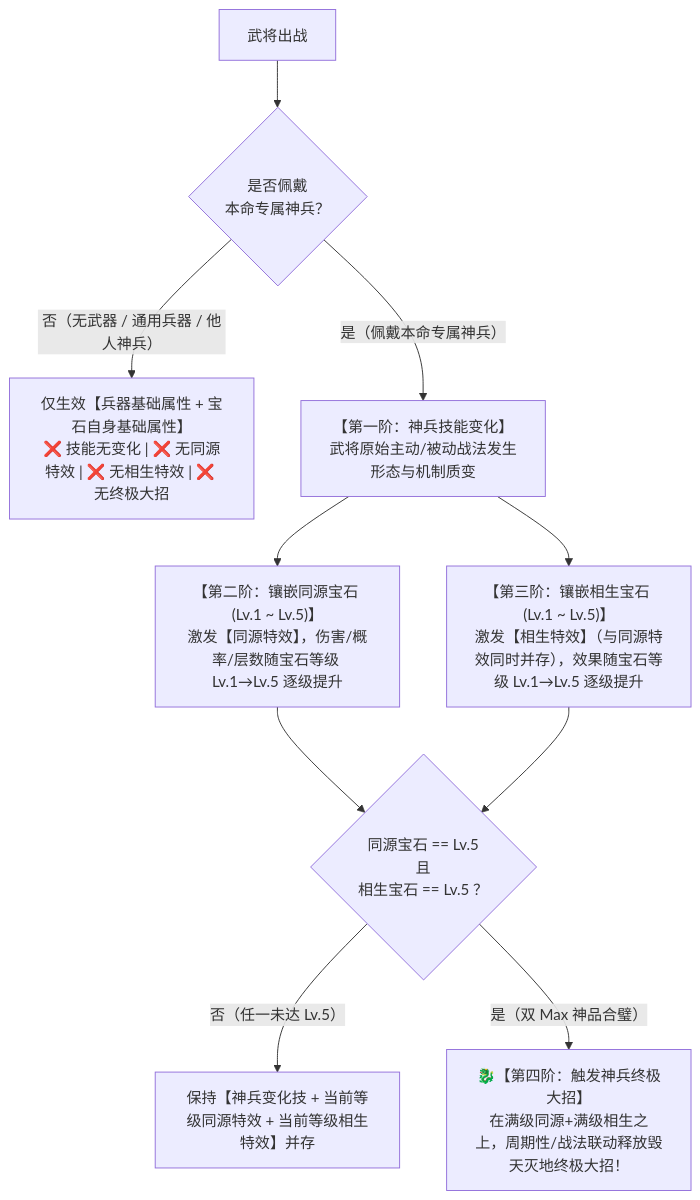
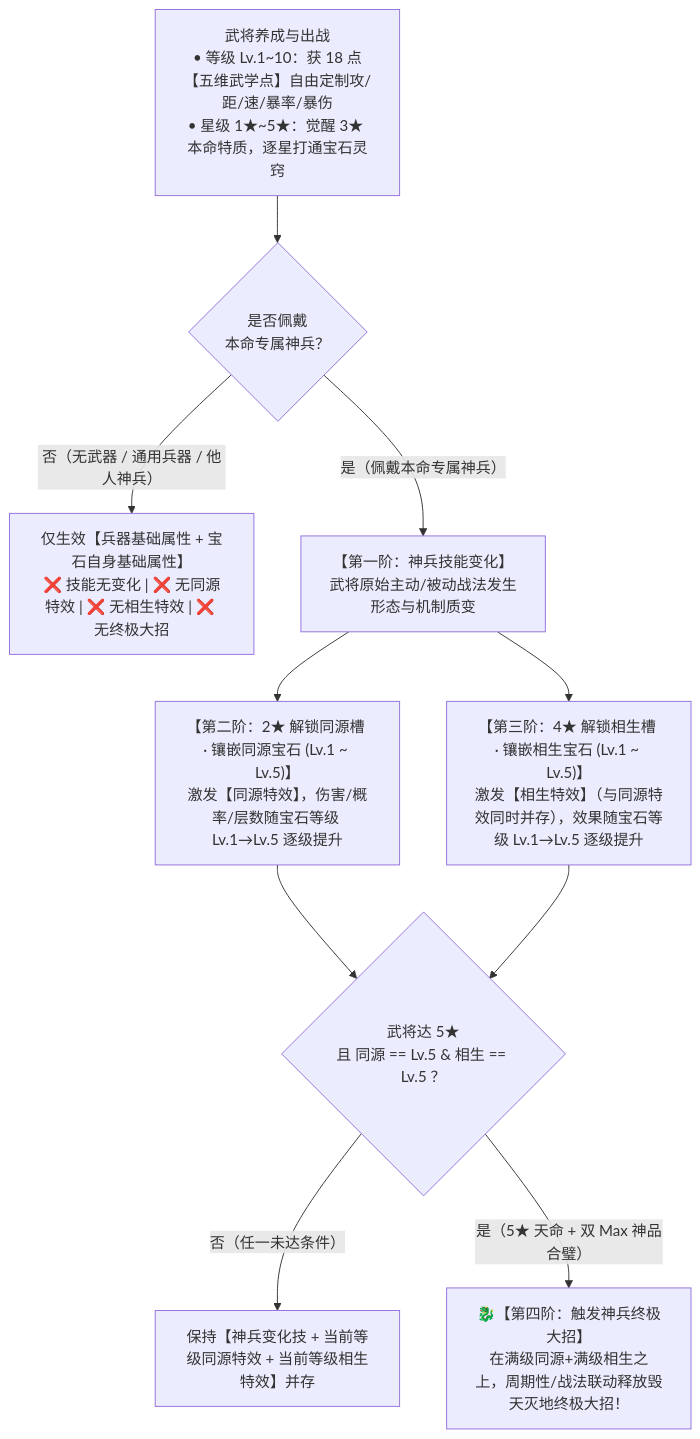
Before and after one commit to niuchangsheng/TowerDefense: the second of 8 diagrams in docs/Wuxing_System_Design.md, drawn with Mermaid. The commit also changed other lines of this file and 1 other file, not shown here.

Commit message:
docs: 新增武将将星命盘与武道十境配点设计，补充敌军状态、四阶技能演出与三大图鉴视觉规范

````diff
--- a/docs/Wuxing_System_Design.md
+++ b/docs/Wuxing_System_Design.md
@@ -208,11 +272,11 @@
 ```mermaid
 flowchart TD
-    Hero["武将出战"] --> CheckArtifact{"是否佩戴\n本命专属神兵？"}
+    Hero["武将养成与出战\n• 等级 Lv.1~10：获 18 点【五维武学点】自由定制攻/距/速/暴率/暴伤\n• 星级 1★~5★：觉醒 3★ 本命特质，逐星打通宝石灵窍"] --> CheckArtifact{"是否佩戴\n本命专属神兵？"}
     CheckArtifact -- "否（无武器 / 通用兵器 / 他人神兵）" --> NonEx["仅生效【兵器基础属性 + 宝石自身基础属性】\n❌ 技能无变化 | ❌ 无同源特效 | ❌ 无相生特效 | ❌ 无终极大招"]
     CheckArtifact -- "是（佩戴本命专属神兵）" --> Stage1["【第一阶：神兵技能变化】\n武将原始主动/被动战法发生形态与机制质变"]
-    Stage1 --> SameSlot["【第二阶：镶嵌同源宝石 (Lv.1 ~ Lv.5)】\n激发【同源特效】，伤害/概率/层数随宝石等级 Lv.1→Lv.5 逐级提升"]
-    Stage1 --> GenSlot["【第三阶：镶嵌相生宝石 (Lv.1 ~ Lv.5)】\n激发【相生特效】（与同源特效同时并存），效果随宝石等级 Lv.1→Lv.5 逐级提升"]
-    SameSlot & GenSlot --> CheckMax{"同源宝石 == Lv.5\n且\n相生宝石 == Lv.5 ？"}
-    CheckMax -- "否（任一未达 Lv.5）" --> Coexist["保持【神兵变化技 + 当前等级同源特效 + 当前等级相生特效】并存"]
-    CheckMax -- "是（双 Max 神品合璧）" --> Ult["🐉【第四阶：触发神兵终极大招】\n在满级同源+满级相生之上，周期性/战法联动释放毁天灭地终极大招！"]
+    Stage1 --> SameSlot["【第二阶：2★ 解锁同源槽 · 镶嵌同源宝石 (Lv.1 ~ Lv.5)】\n激发【同源特效】，伤害/概率/层数随宝石等级 Lv.1→Lv.5 逐级提升"]
+    Stage1 --> GenSlot["【第三阶：4★ 解锁相生槽 · 镶嵌相生宝石 (Lv.1 ~ Lv.5)】\n激发【相生特效】（与同源特效同时并存），效果随宝石等级 Lv.1→Lv.5 逐级提升"]
+    SameSlot & GenSlot --> CheckMax{"武将达 5★\n且 同源 == Lv.5 & 相生 == Lv.5 ？"}
+    CheckMax -- "否（任一未达条件）" --> Coexist["保持【神兵变化技 + 当前等级同源特效 + 当前等级相生特效】并存"]
+    CheckMax -- "是（5★ 天命 + 双 Max 神品合璧）" --> Ult["🐉【第四阶：触发神兵终极大招】\n在满级同源+满级相生之上，周期性/战法联动释放毁天灭地终极大招！"]
 ```
````
